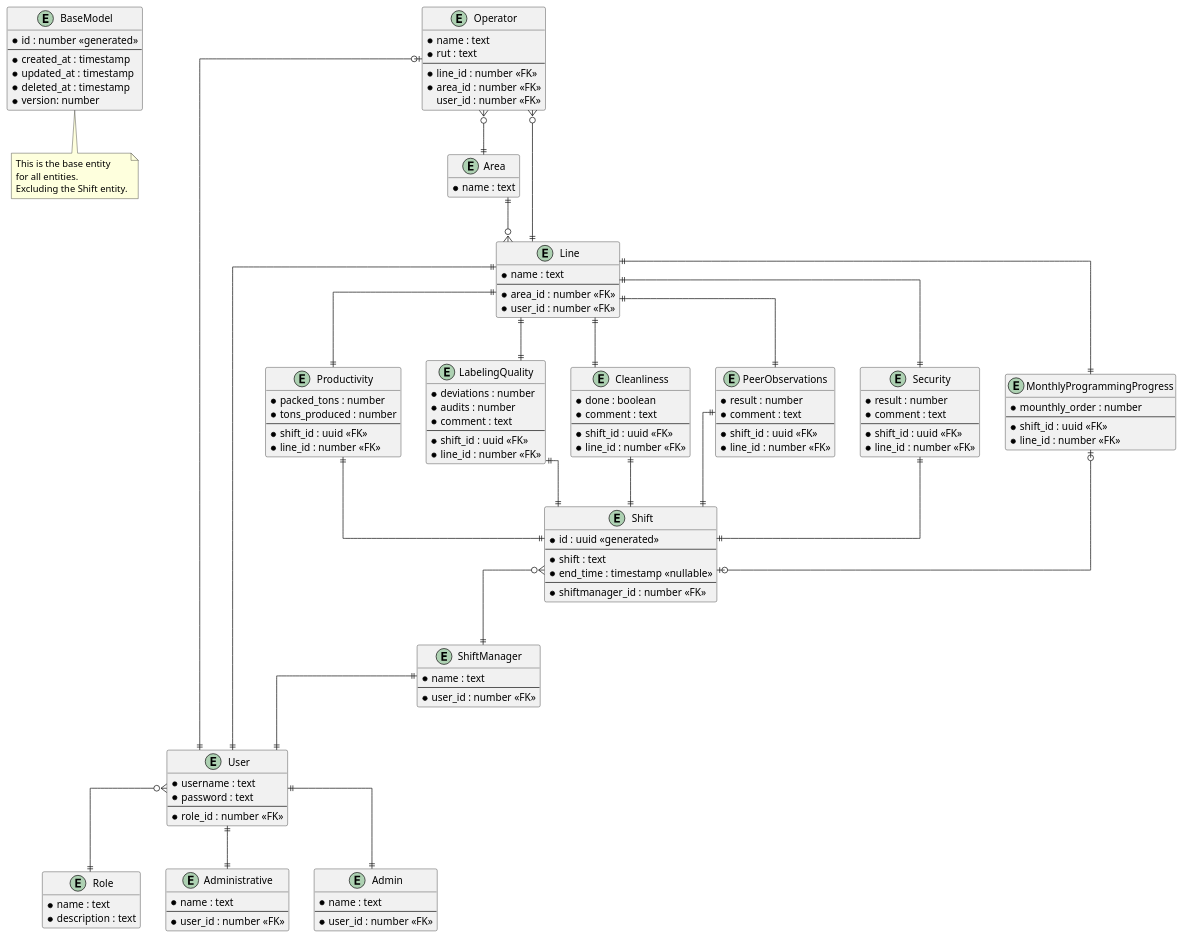
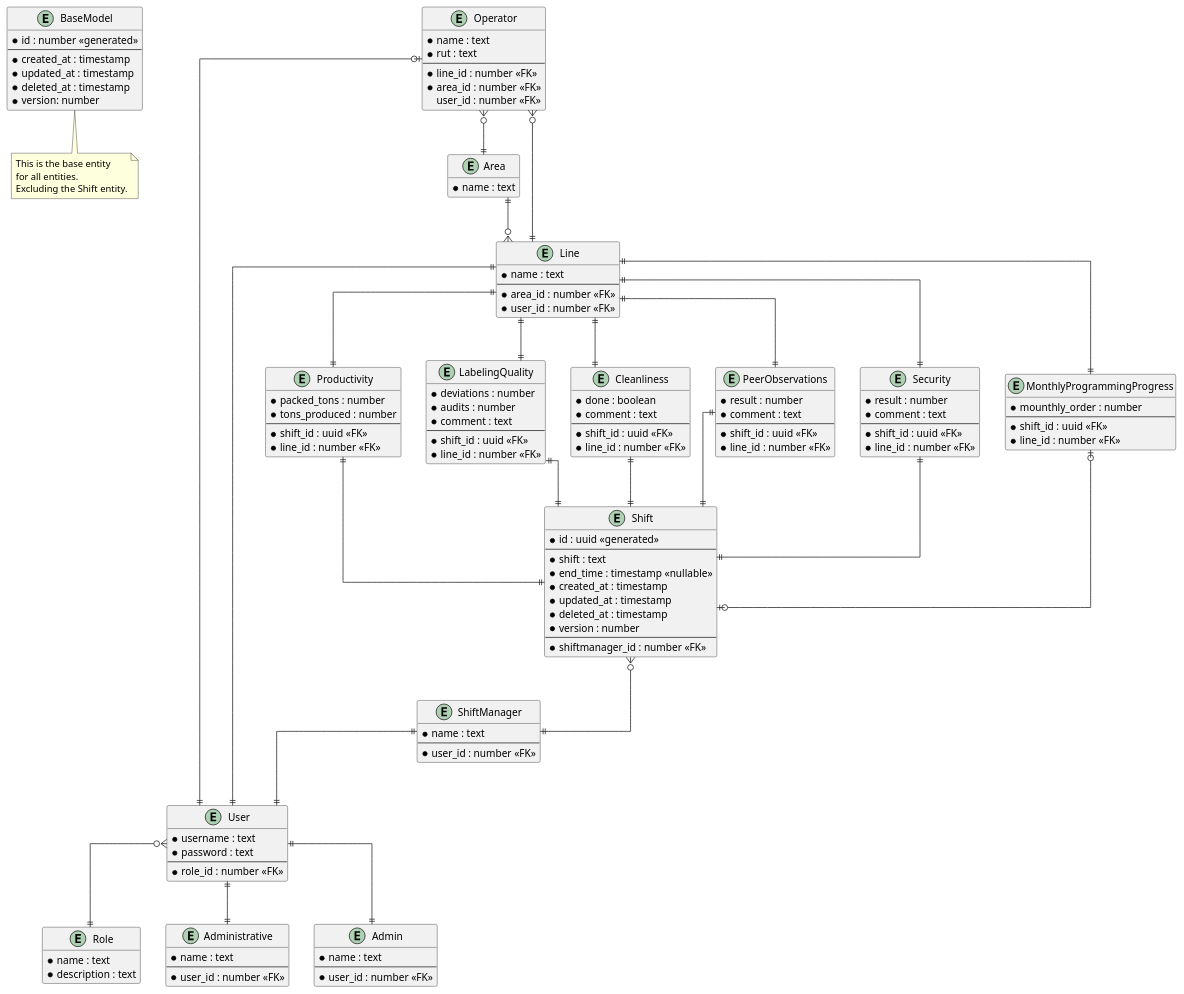
The diagram in docs/ER.puml (BastiancitosJr/new-laravel-api), drawn with PlantUML before and after one commit.

Commit message:
feat: updated ER model

```diff
--- a/docs/ER.puml
+++ b/docs/ER.puml
@@ -1,156 +1,160 @@
 @startuml ER-Diagram
 hide empty methods
 skinparam linetype ortho
 
 
 entity BaseModel {
     * id : number <<generated>>
     --
     * created_at : timestamp
     * updated_at : timestamp
     * deleted_at : timestamp
     * version: number
 }
 
 entity Role {
     * name : text
     * description : text
 }
 
 entity User {
     * username : text
     * password : text
     --
     * role_id : number <<FK>>
 }
 
 entity Administrative {
     * name : text
     --
     * user_id : number <<FK>>
 }
 
 entity Admin {
     * name : text
     --
     * user_id : number <<FK>>
 }
 
 entity ShiftManager {
     * name : text
     --
     * user_id : number <<FK>>
 }
 
 
 entity Area {
     * name : text
 }
 
 entity Line {
     * name : text
     --
     * area_id : number <<FK>>
     * user_id : number <<FK>>
 }
 
 entity Operator {
     * name : text
     * rut : text
     --
     * line_id : number <<FK>>
     * area_id : number <<FK>>
     user_id : number <<FK>>
 }
 
 entity Productivity {
     * packed_tons : number
     * tons_produced : number
     --
     * shift_id : uuid <<FK>>
     * line_id : number <<FK>>
 }
 
 entity LabelingQuality {
     * deviations : number
     * audits : number
     * comment : text
     --
     * shift_id : uuid <<FK>>
     * line_id : number <<FK>>
 }
 
 entity Cleanliness {
     * done : boolean
     * comment : text
     --
     * shift_id : uuid <<FK>>
     * line_id : number <<FK>>
 }
 
 entity PeerObservations {
     * result : number
     * comment : text
     --
     * shift_id : uuid <<FK>>
     * line_id : number <<FK>>
 }
 
 entity Security {
     * result : number
     * comment : text
     --
     * shift_id : uuid <<FK>>
     * line_id : number <<FK>>
 }
 
 entity MonthlyProgrammingProgress {
     * mounthly_order : number
     --
     * shift_id : uuid <<FK>>
     * line_id : number <<FK>>
 }
 
 entity Shift{
     * id : uuid <<generated>>
     --
     * shift : text
     * end_time : timestamp <<nullable>>
+    * created_at : timestamp
+    * updated_at : timestamp
+    * deleted_at : timestamp
+    * version : number
     --
     * shiftmanager_id : number <<FK>>
 }
 
 note bottom of BaseModel
     This is the base entity
     for all entities.
     Excluding the Shift entity.
 end note
 
 Line ||--|| User
 User ||--|| Administrative
 User ||--|| Admin
 ShiftManager ||--|| User
 Operator |o--|| User
 User }o--|| Role
 Operator }o--|| Line
 Operator }o--|| Area
 Area ||--o{ Line
 
 Shift }o--|| ShiftManager
 
 Productivity ||--|| Shift
 LabelingQuality ||--|| Shift
 Cleanliness ||--|| Shift
 PeerObservations ||--|| Shift
 Security ||--|| Shift
 MonthlyProgrammingProgress |o--o| Shift
 
 Line ||--|| Productivity
 Line ||--|| LabelingQuality
 Line ||--|| Cleanliness
 Line ||--|| PeerObservations
 Line ||--|| Security
 Line ||--|| MonthlyProgrammingProgress
 
 
 @enduml
```
